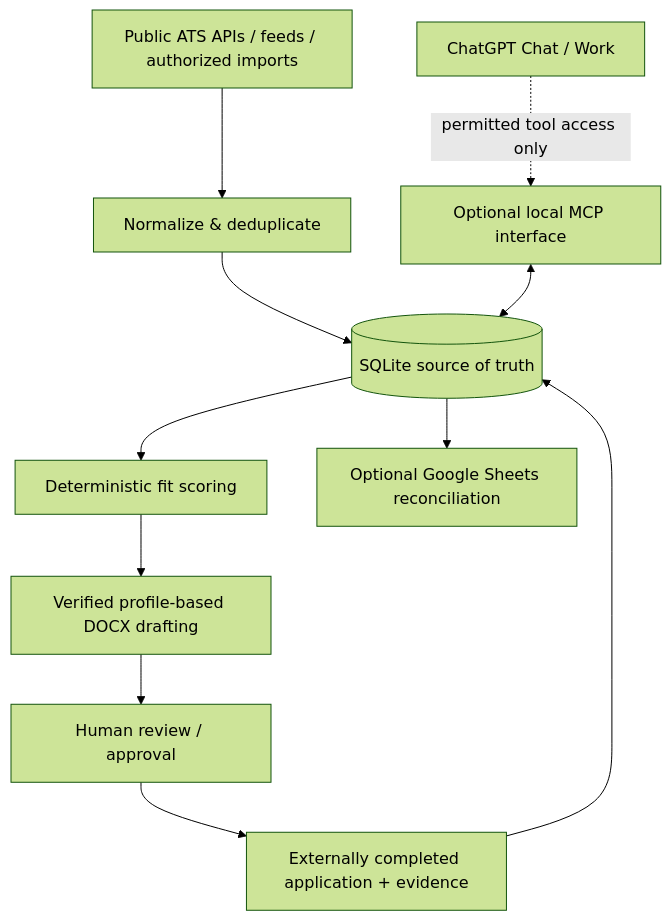
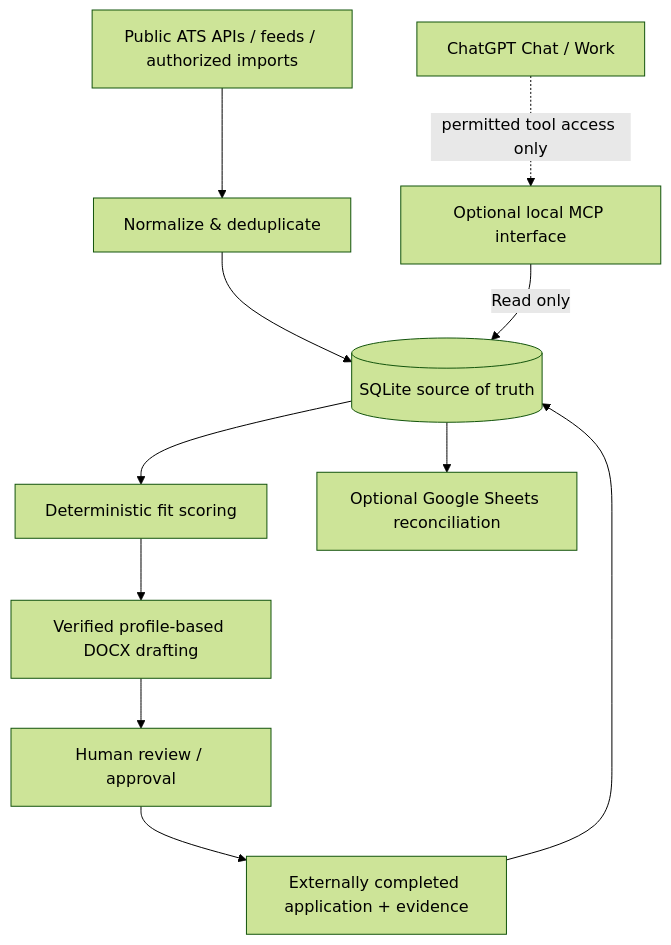
One commit to aryanramz/internship-agent changed the diagram in README.md. Above: the diagram before and after it, drawn with Mermaid (forest theme). The commit also changed other lines of this file and 14 other files, not shown here.

Commit message:
docs: reconcile master roadmap and evidence-based release gates

````diff
--- a/README.md
+++ b/README.md
@@ -64,13 +89,13 @@
 ```mermaid
 flowchart TD
     S[Public ATS APIs / feeds / authorized imports] --> N[Normalize & deduplicate]
     N --> DB[(SQLite source of truth)]
     DB --> R[Deterministic fit scoring]
     R --> P[Verified profile-based DOCX drafting]
     P --> A[Human review / approval]
     A --> W[Externally completed application + evidence]
     W --> DB
     DB --> G[Optional Google Sheets reconciliation]
-    M[Optional local MCP interface] <--> DB
+    M[Optional local MCP interface] -->|Read only| DB
     C[ChatGPT Chat / Work] -. permitted tool access only .-> M
 ```
````
